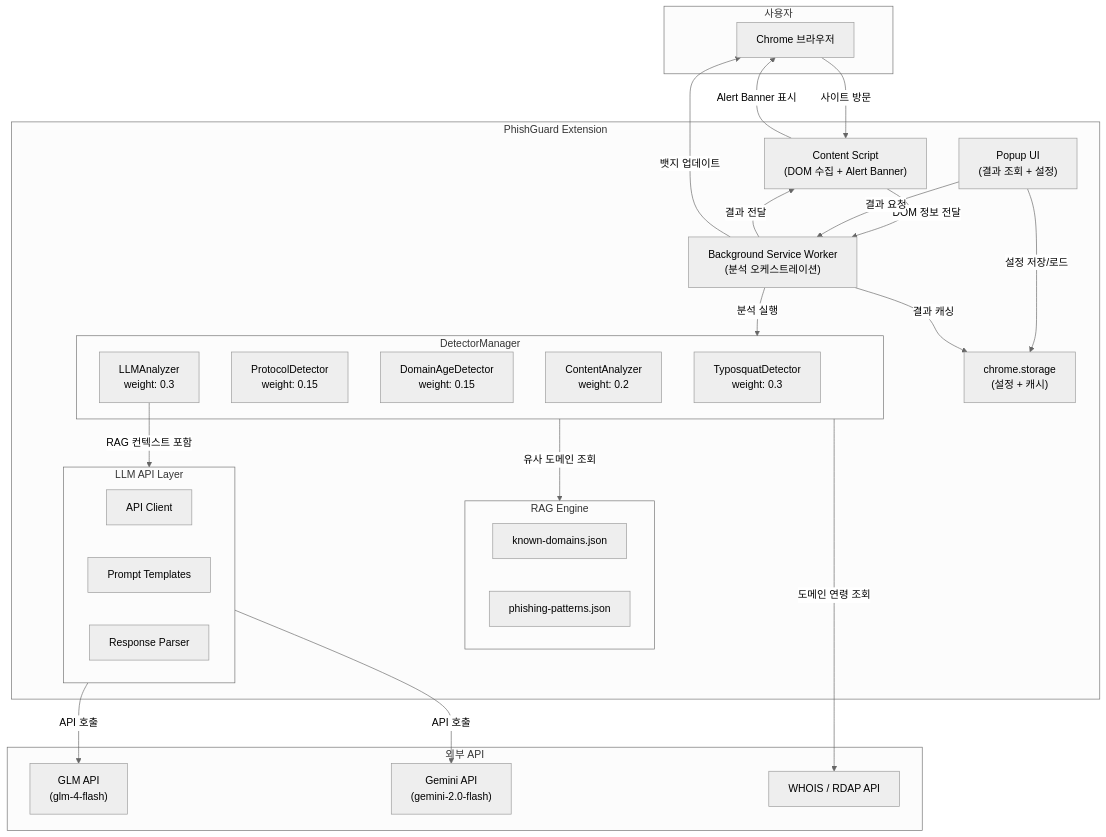
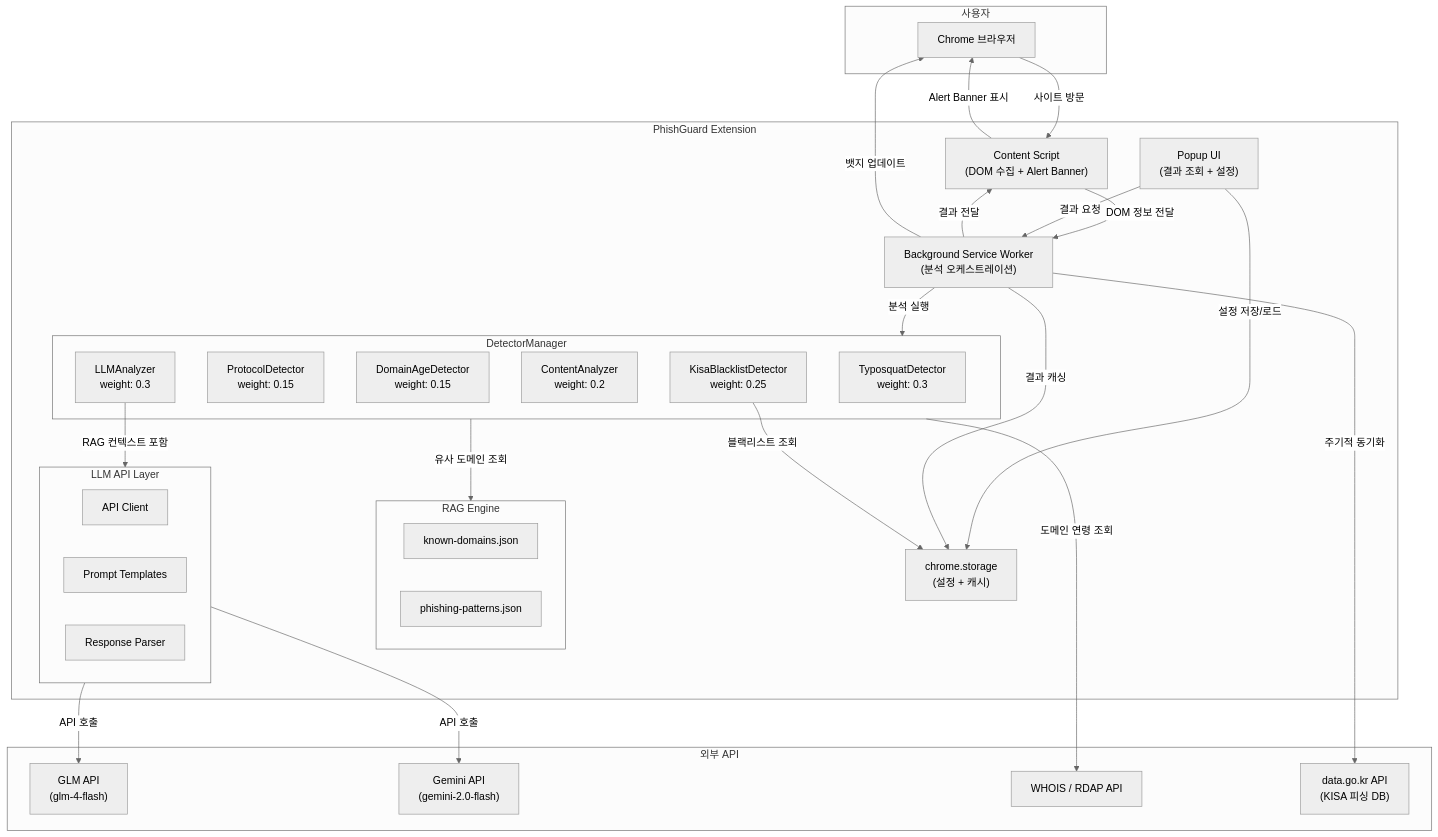
The diagram in README.md (zoonun/phishguard), drawn with Mermaid (neutral theme) before and after one commit. The commit also changed other lines of this file and 11 other files, not shown here.

````diff
--- a/README.md
+++ b/README.md
@@ -43,54 +45,58 @@
 ```mermaid
 flowchart TB
     subgraph User["사용자"]
         Browser["Chrome 브라우저"]
     end
 
     subgraph Extension["PhishGuard Extension"]
         CS["Content Script<br/>(DOM 수집 + Alert Banner)"]
         BG["Background Service Worker<br/>(분석 오케스트레이션)"]
         Popup["Popup UI<br/>(결과 조회 + 설정)"]
 
         subgraph DetectorManager["DetectorManager"]
             Typo["TyposquatDetector<br/>weight: 0.3"]
             Proto["ProtocolDetector<br/>weight: 0.15"]
             Age["DomainAgeDetector<br/>weight: 0.15"]
             Content["ContentAnalyzer<br/>weight: 0.2"]
+            KISA["KisaBlacklistDetector<br/>weight: 0.25"]
             LLM["LLMAnalyzer<br/>weight: 0.3"]
         end
 
         subgraph RAG["RAG Engine"]
             KnownDB["known-domains.json"]
             PatternDB["phishing-patterns.json"]
         end
 
         subgraph LLMLayer["LLM API Layer"]
             Client["API Client"]
             Prompts["Prompt Templates"]
             Parser["Response Parser"]
         end
 
         Storage["chrome.storage<br/>(설정 + 캐시)"]
     end
 
     subgraph ExternalAPI["외부 API"]
         GLM["GLM API<br/>(glm-4-flash)"]
         Gemini["Gemini API<br/>(gemini-2.0-flash)"]
         WHOIS["WHOIS / RDAP API"]
+        DataGoKr["data.go.kr API<br/>(KISA 피싱 DB)"]
     end
 
     Browser -->|"사이트 방문"| CS
     CS -->|"DOM 정보 전달"| BG
     BG -->|"분석 실행"| DetectorManager
     DetectorManager -->|"유사 도메인 조회"| RAG
     DetectorManager -->|"도메인 연령 조회"| WHOIS
     LLM -->|"RAG 컨텍스트 포함"| LLMLayer
     LLMLayer -->|"API 호출"| GLM
     LLMLayer -->|"API 호출"| Gemini
     BG -->|"결과 전달"| CS
     CS -->|"Alert Banner 표시"| Browser
     BG -->|"뱃지 업데이트"| Browser
     Popup -->|"결과 요청"| BG
     Popup -->|"설정 저장/로드"| Storage
     BG -->|"결과 캐싱"| Storage
+    KISA -->|"블랙리스트 조회"| Storage
+    BG -->|"주기적 동기화"| DataGoKr
 ```
````
